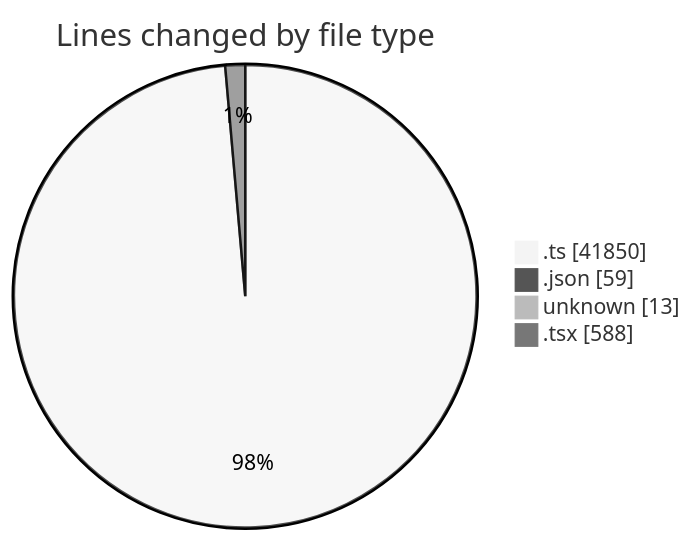
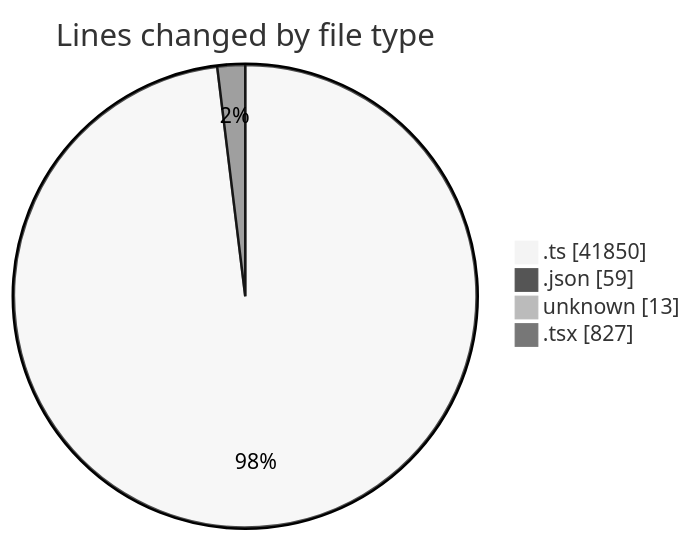
The first of 2 diagrams in 2025-09-09/cda/README.md (momahboobian/code-tracking), drawn with Mermaid (neutral theme) before and after one commit. The commit also changed other lines of this file and 1 other file, not shown here.

````diff
--- a/2025-09-09/cda/README.md
+++ b/2025-09-09/cda/README.md
@@ -118,8 +119,8 @@
 ```mermaid
 pie showData
 title Lines changed by file type
 ".ts" : 41850
 ".json" : 59
 "unknown" : 13
-".tsx" : 588
+".tsx" : 827
 ```
````
